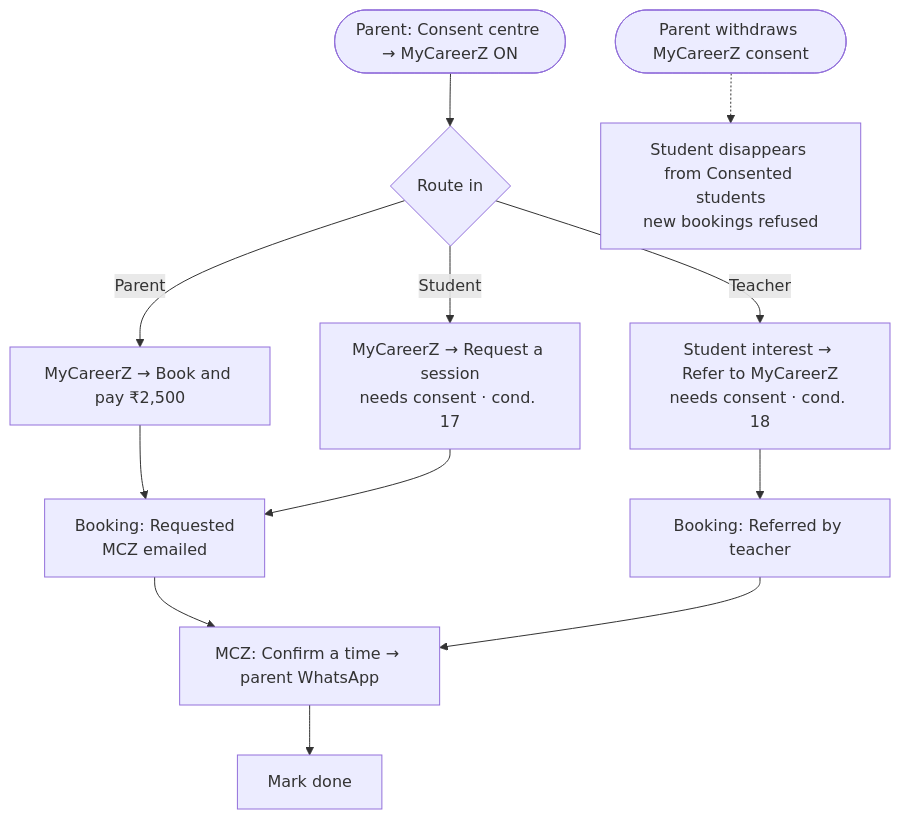
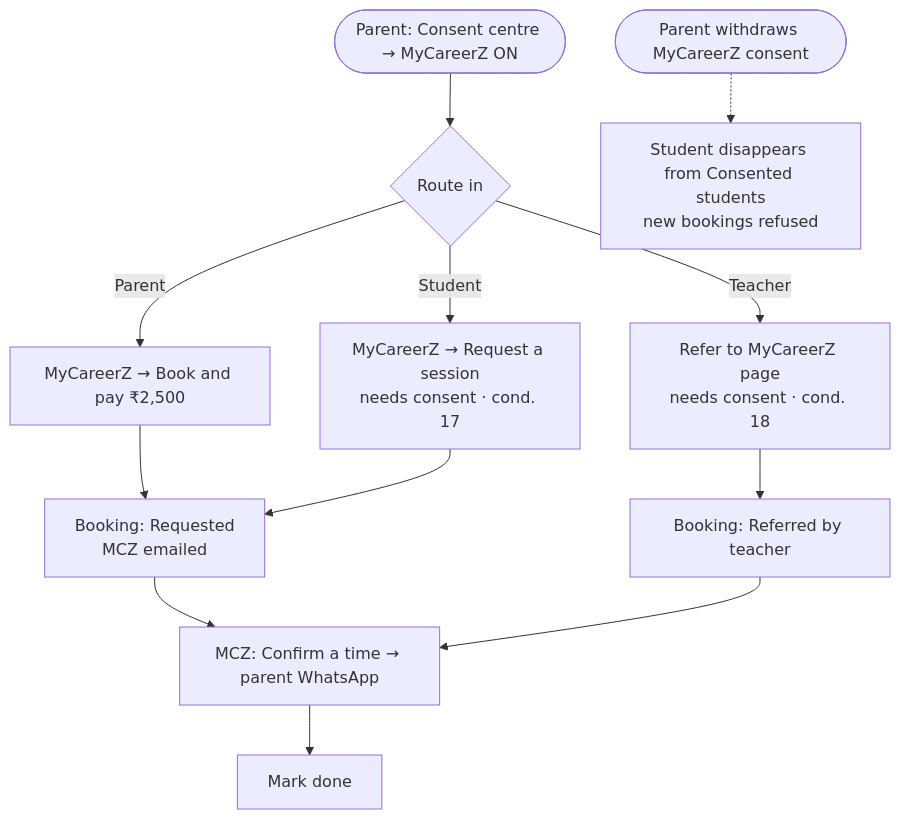
One commit to shubham-pawar-tc/vibgyor-alumni changed the first of 2 diagrams in docs/MCZ-FLOW.md. Above: the diagram before and after it, drawn with Mermaid. The commit also changed other lines of this file and 7 other files, not shown here.

````diff
--- a/docs/MCZ-FLOW.md
+++ b/docs/MCZ-FLOW.md
@@ -29,12 +29,12 @@
 ```mermaid
 flowchart TD
     P([Parent: Consent centre → MyCareerZ ON]) --> S{Route in}
     S -->|Parent| B1[MyCareerZ → Book and pay ₹2,500]
     S -->|Student| B2[MyCareerZ → Request a session<br/>needs consent · cond. 17]
-    S -->|Teacher| B3[Student interest → Refer to MyCareerZ<br/>needs consent · cond. 18]
+    S -->|Teacher| B3[Refer to MyCareerZ page<br/>needs consent · cond. 18]
     B1 & B2 --> R[Booking: Requested<br/>MCZ emailed]
     B3 --> RF[Booking: Referred by teacher]
     R & RF --> C[MCZ: Confirm a time → parent WhatsApp]
     C --> D[Mark done]
     X([Parent withdraws MyCareerZ consent]) -.-> H[Student disappears from Consented students<br/>new bookings refused]
 ```
````
